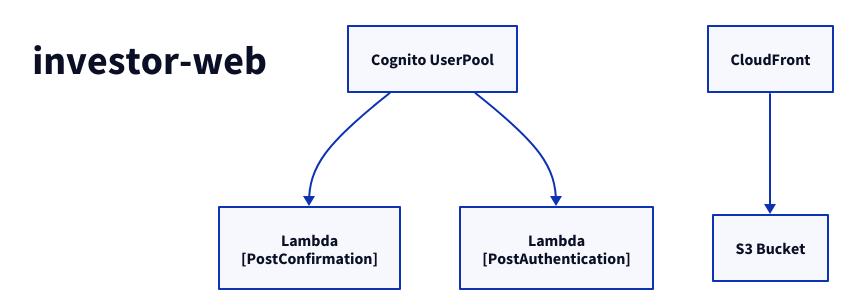
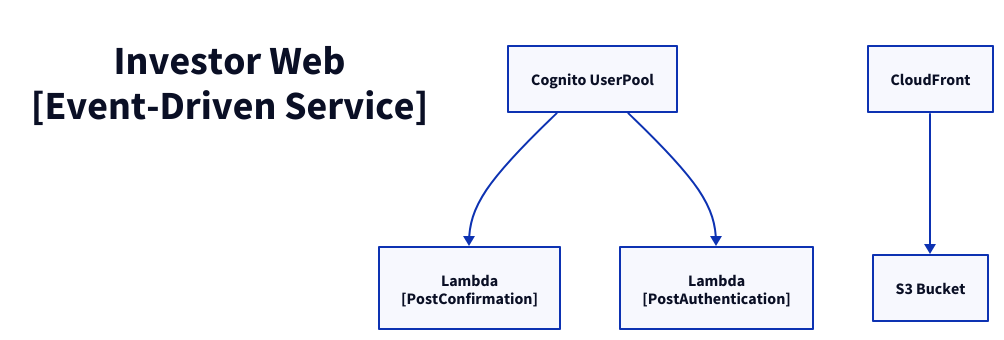
One commit to fabio-vitali/nestfolio changed the diagram in docs/architecture/c3/investor-web.d2. Above: the diagram before and after it, drawn with D2. The commit also changed 71 other files, not shown here.

Commit message:
fix: regenerate C4 diagrams with semantic labels

```diff
--- a/docs/architecture/c3/investor-web.d2
+++ b/docs/architecture/c3/investor-web.d2
@@ -1,16 +1,16 @@
 direction: down
 
-title: "investor-web" {
+title: "Investor Web\n[Event-Driven Service]" {
   style: { font-size: 40; bold: true; fill: transparent; stroke: transparent }
 }
 
 cognito: "Cognito UserPool" { class: aws-cognito }
 cdn: "CloudFront" { class: aws-cloudfront }
 assets: "S3 Bucket" { class: aws-s3 }
 post-confirmation: "Lambda\n[PostConfirmation]" { class: aws-lambda }
 post-authentication: "Lambda\n[PostAuthentication]" { class: aws-lambda }
 
 cdn -> assets
 cognito -> post-confirmation
 cognito -> post-authentication
 # Flows
```
